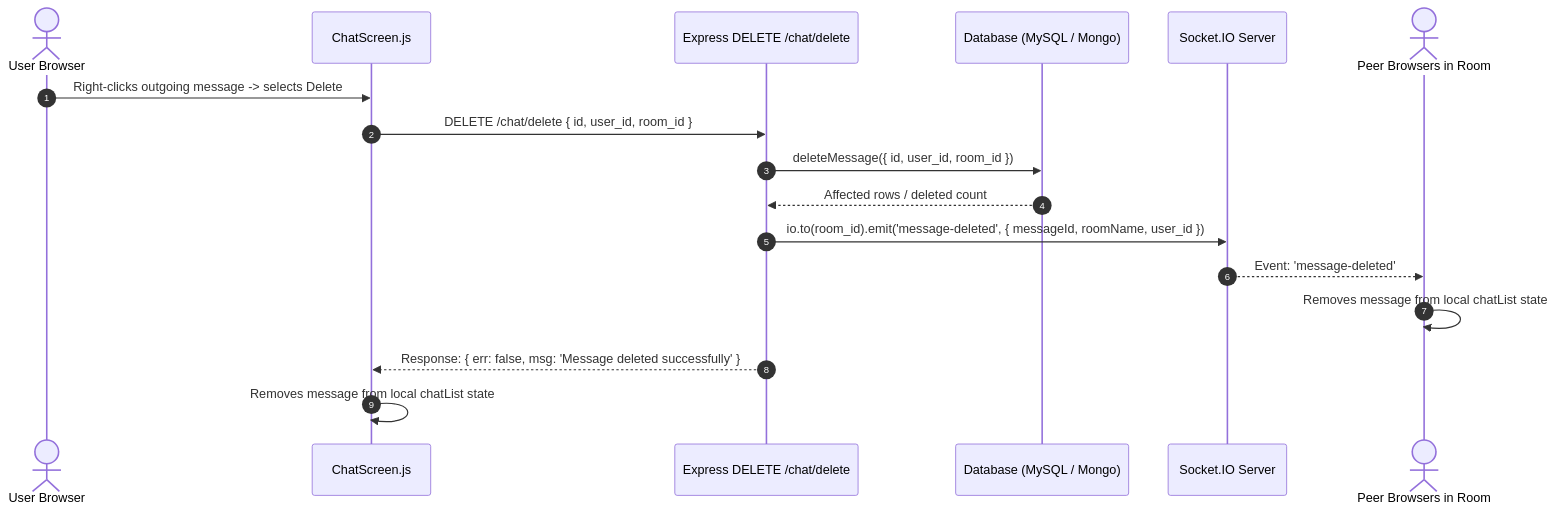
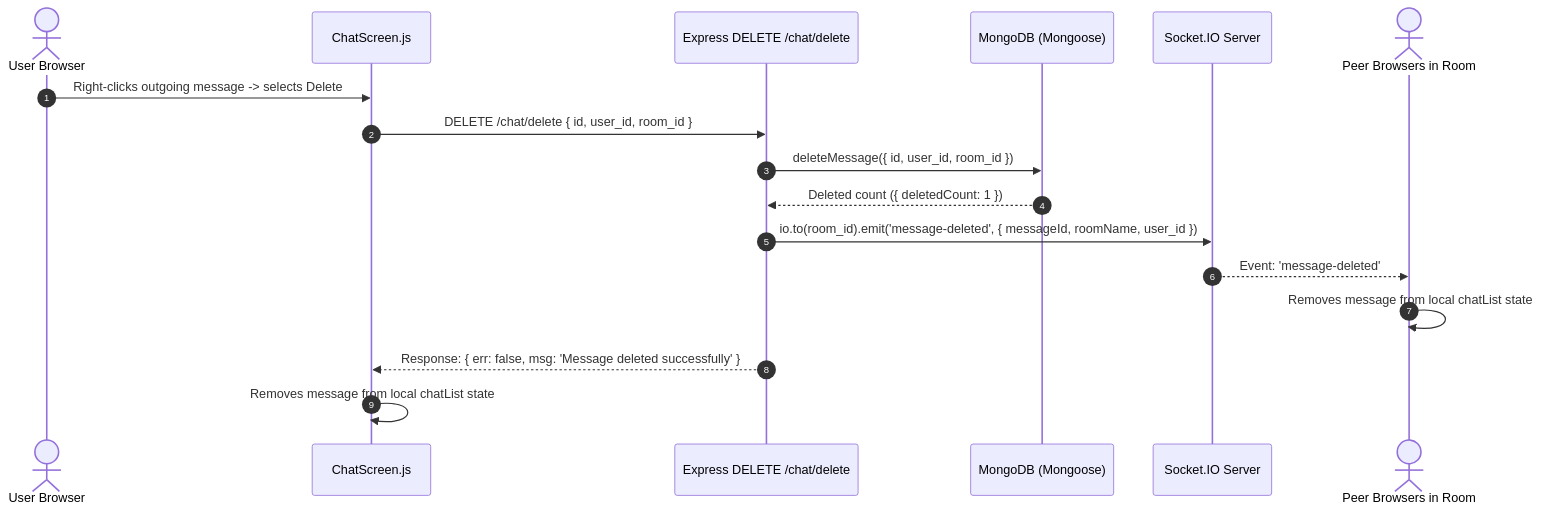
The fourth of 4 diagrams in .ai/ARCHITECTURE.md (shubhamstr/Realtime-Chat-App), drawn with Mermaid before and after one commit. The commit also changed other lines of this file and 19 other files, not shown here.

````diff
--- a/.ai/ARCHITECTURE.md
+++ b/.ai/ARCHITECTURE.md
@@ -130,20 +119,20 @@
 ```mermaid
 sequenceDiagram
     autonumber
     actor User as User Browser
     participant UI as ChatScreen.js
     participant REST as Express DELETE /chat/delete
-    participant DB as Database (MySQL / Mongo)
+    participant DB as MongoDB (Mongoose)
     participant Socket as Socket.IO Server
     actor Peer as Peer Browsers in Room
 
     User->>UI: Right-clicks outgoing message -> selects Delete
     UI->>REST: DELETE /chat/delete { id, user_id, room_id }
     REST->>DB: deleteMessage({ id, user_id, room_id })
-    DB-->>REST: Affected rows / deleted count
+    DB-->>REST: Deleted count ({ deletedCount: 1 })
     REST->>Socket: io.to(room_id).emit('message-deleted', { messageId, roomName, user_id })
     Socket-->>Peer: Event: 'message-deleted'
     Peer->>Peer: Removes message from local chatList state
     REST-->>UI: Response: { err: false, msg: 'Message deleted successfully' }
     UI->>UI: Removes message from local chatList state
 ```
````
